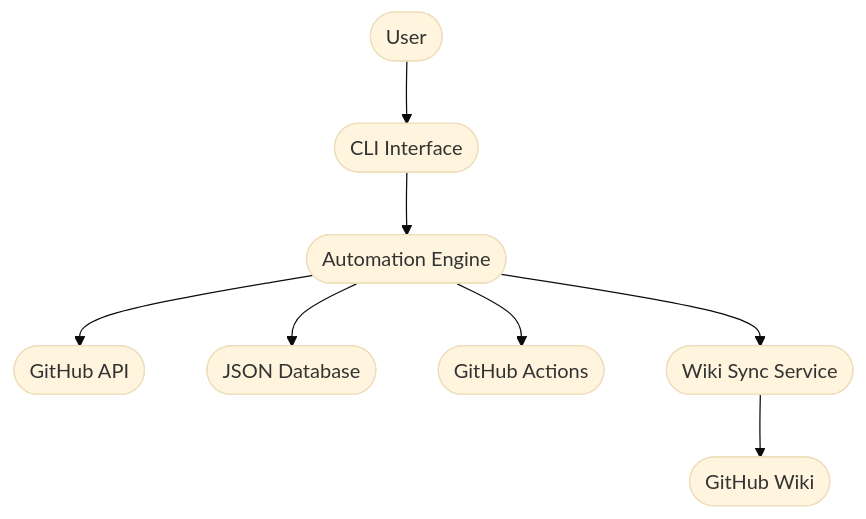
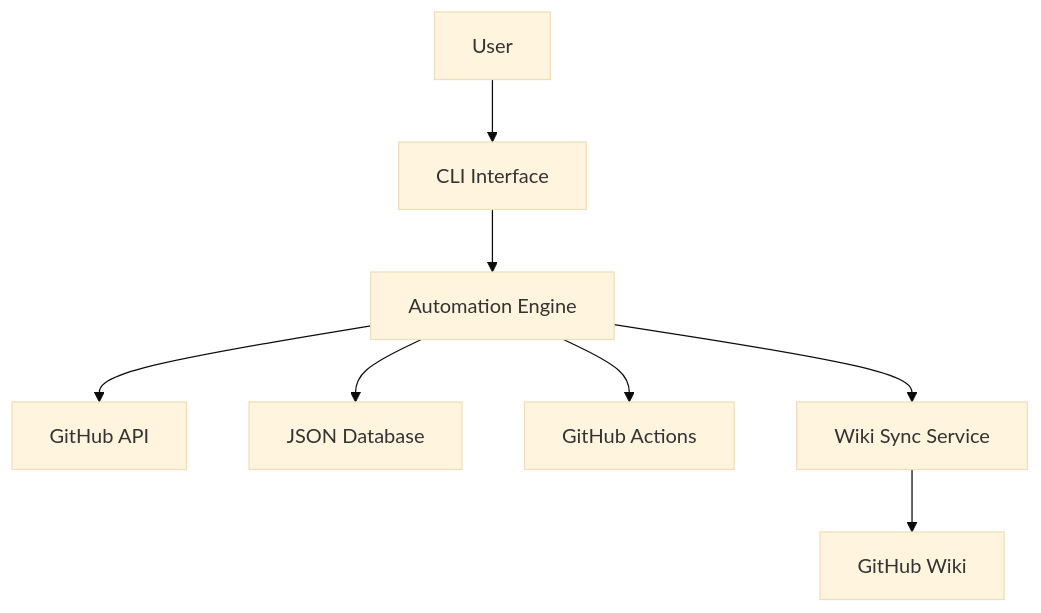
One commit to Shakour-Data/AutoProjectManagement changed the first of 11 diagrams in README.md. Above: the diagram before and after it, drawn with Mermaid (base theme). The commit also changed other lines of this file, not shown here.

Commit message:
`Update README.md with revised Mermaid diagrams for system architecture, project initialization, wiki synchronization, task management, and progress tracking processes.`

````diff
--- a/README.md
+++ b/README.md
@@ -21,10 +21,10 @@
 ```mermaid
 graph TD
-    User([User]) --> CLI([CLI Interface])
-    CLI --> Engine([Automation Engine])
-    Engine --> GitHub([GitHub API])
-    Engine --> JSON([JSON Database])
-    Engine --> Actions([GitHub Actions])
-    Engine --> Wiki([Wiki Sync Service])
-    Wiki --> GitHubWiki([GitHub Wiki])
+    User[User] --> CLI[CLI Interface]
+    CLI --> Engine[Automation Engine]
+    Engine --> GitHub[GitHub API]
+    Engine --> JSON[JSON Database]
+    Engine --> Actions[GitHub Actions]
+    Engine --> Wiki[Wiki Sync Service]
+    Wiki --> GitHubWiki[GitHub Wiki]
 ```
````
